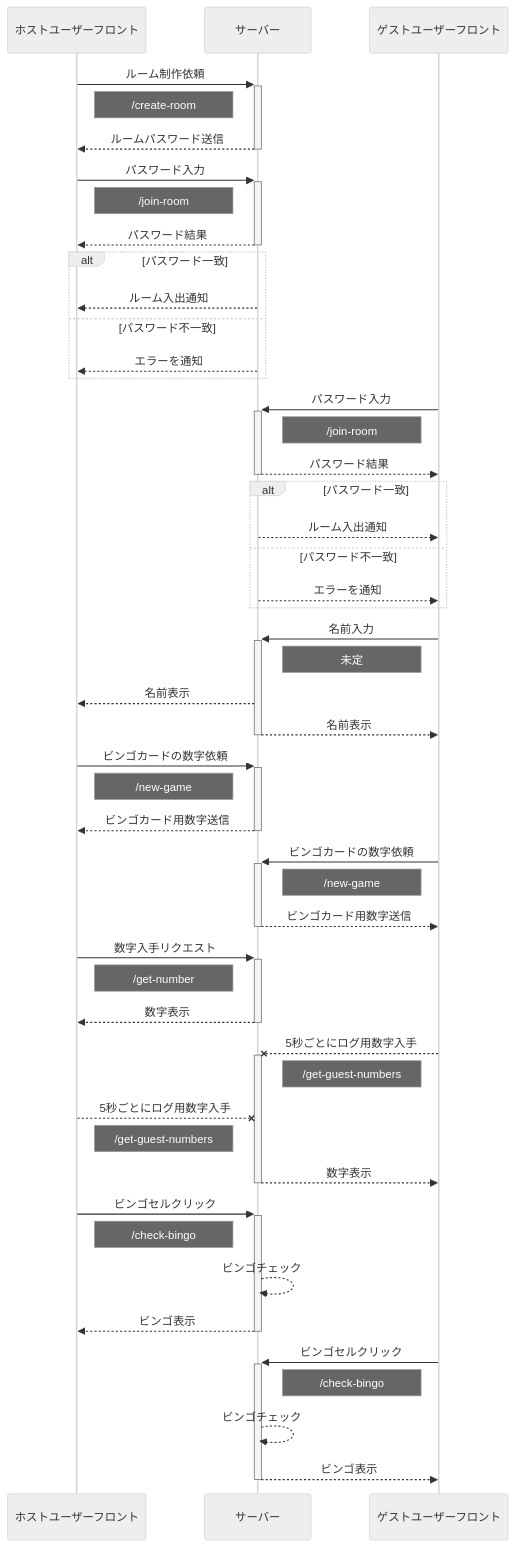
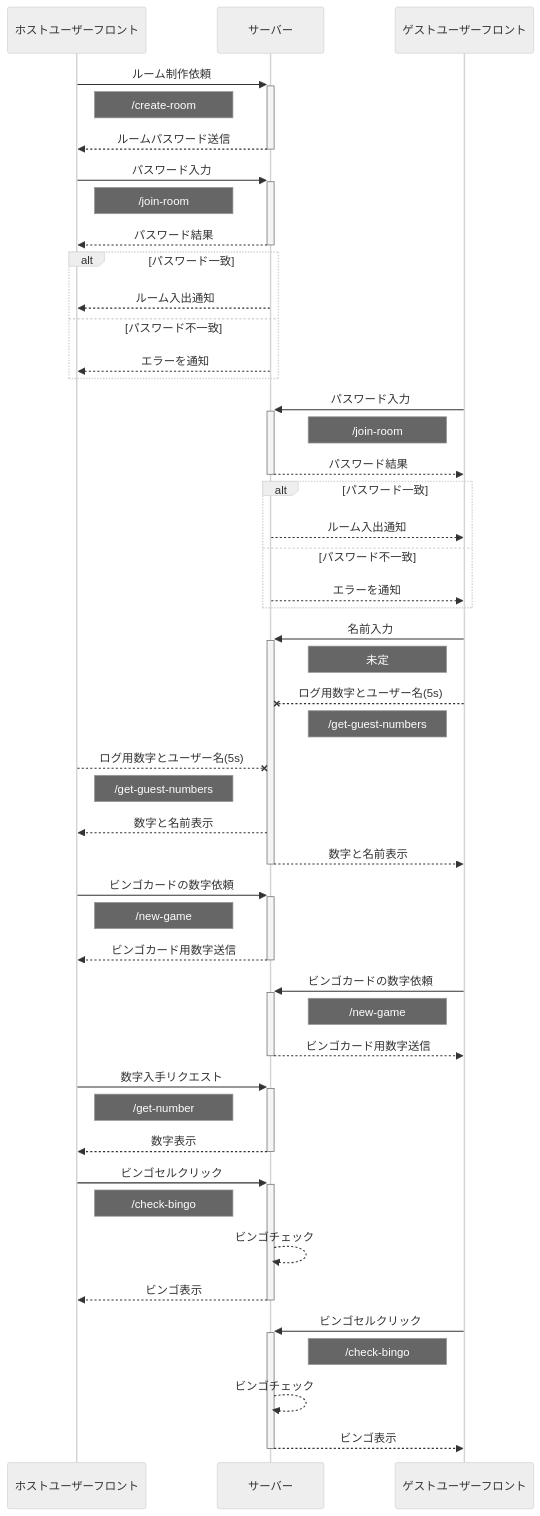
Before and after one commit to MizugutiK/Bingo: the diagram in README.md, drawn with Mermaid (neutral theme).

Commit message:
シーケンス図

````diff
--- a/README.md
+++ b/README.md
@@ -4,59 +4,61 @@
 ```mermaid
 sequenceDiagram;
 participant ホストユーザーフロント
 participant サーバー
 participant ゲストユーザーフロント
 
 ホストユーザーフロント  ->>+     サーバー:ルーム制作依頼
 Note right of ホストユーザーフロント:/create-room
 サーバー               -->>-     ホストユーザーフロント:ルームパスワード送信
 
 ホストユーザーフロント  ->>+     サーバー:パスワード入力
 Note right of ホストユーザーフロント:/join-room
 サーバー               -->>-     ホストユーザーフロント:パスワード結果
 alt パスワード一致　
 サーバー　-->>  ホストユーザーフロント:ルーム入出通知
 else パスワード不一致
 サーバー -->>   ホストユーザーフロント:エラーを通知
 end
 
 ゲストユーザーフロント  ->>+     サーバー:パスワード入力
 Note left of ゲストユーザーフロント:/join-room
 サーバー               -->>-     ゲストユーザーフロント:パスワード結果
 alt パスワード一致　
 サーバー　-->>  ゲストユーザーフロント:ルーム入出通知
 else パスワード不一致
 サーバー -->>   ゲストユーザーフロント:エラーを通知
 end
 
 ゲストユーザーフロント  ->>+     サーバー:名前入力
 Note left of ゲストユーザーフロント:未定
-サーバー               -->>      ホストユーザーフロント:名前表示
-サーバー               -->>-      ゲストユーザーフロント:名前表示
+
+ゲストユーザーフロント  --x 　　　サーバー:ログ用数字とユーザー名(5s)
+note left of ゲストユーザーフロント:/get-guest-numbers
+ホストユーザーフロント  --x 　　　サーバー:ログ用数字とユーザー名(5s)
+note right of   ホストユーザーフロント:/get-guest-numbers
+サーバー               -->>     ホストユーザーフロント:数字と名前表示
+サーバー               -->>-     ゲストユーザーフロント:数字と名前表示
 
 ホストユーザーフロント  ->>+     サーバー:ビンゴカードの数字依頼
 Note right of ホストユーザーフロント:/new-game
 サーバー               -->>-     ホストユーザーフロント:ビンゴカード用数字送信
 ゲストユーザーフロント  ->>+     サーバー:ビンゴカードの数字依頼
 Note left of ゲストユーザーフロント:/new-game
 サーバー               -->>-     ゲストユーザーフロント:ビンゴカード用数字送信
 
 ホストユーザーフロント  ->>+     サーバー:数字入手リクエスト
 Note right of ホストユーザーフロント:/get-number
 サーバー               -->>-     ホストユーザーフロント:数字表示
-ゲストユーザーフロント  --x+ 　　　サーバー:5秒ごとにログ用数字入手
-note left of ゲストユーザーフロント:/get-guest-numbers
-ホストユーザーフロント  --x 　　　サーバー:5秒ごとにログ用数字入手
-note right of   ホストユーザーフロント:/get-guest-numbers
-サーバー               -->>-     ゲストユーザーフロント:数字表示
+
+
 
 ホストユーザーフロント  ->>+     サーバー:ビンゴセルクリック
 Note right of ホストユーザーフロント:/check-bingo
 サーバー               -->>     サーバー:ビンゴチェック
 サーバー               -->>-     ホストユーザーフロント:ビンゴ表示
 
 ゲストユーザーフロント  ->>+     サーバー:ビンゴセルクリック
 Note left of ゲストユーザーフロント:/check-bingo
 サーバー               -->>     サーバー:ビンゴチェック
 サーバー               -->>-     ゲストユーザーフロント:ビンゴ表示
 ```
````
